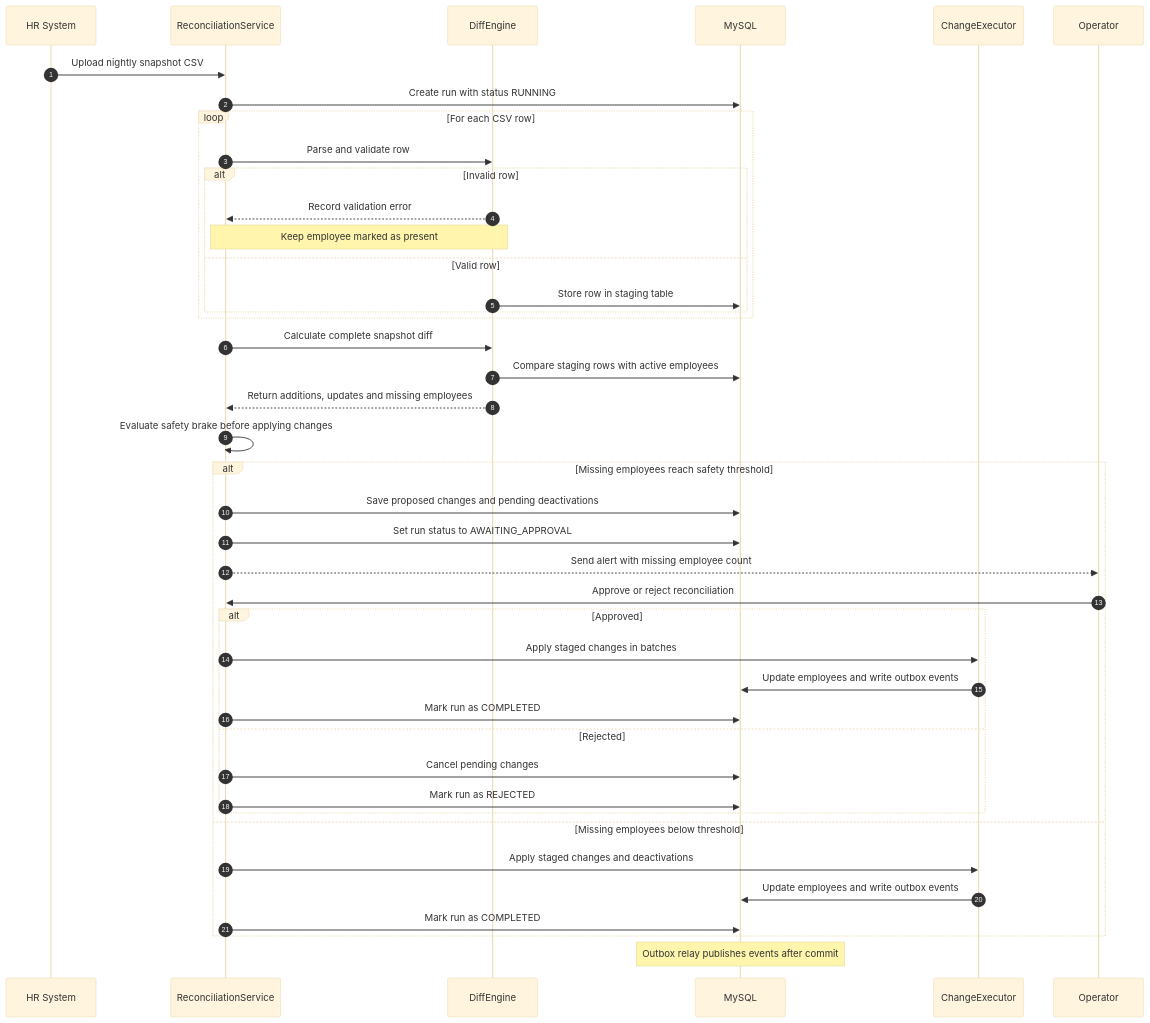
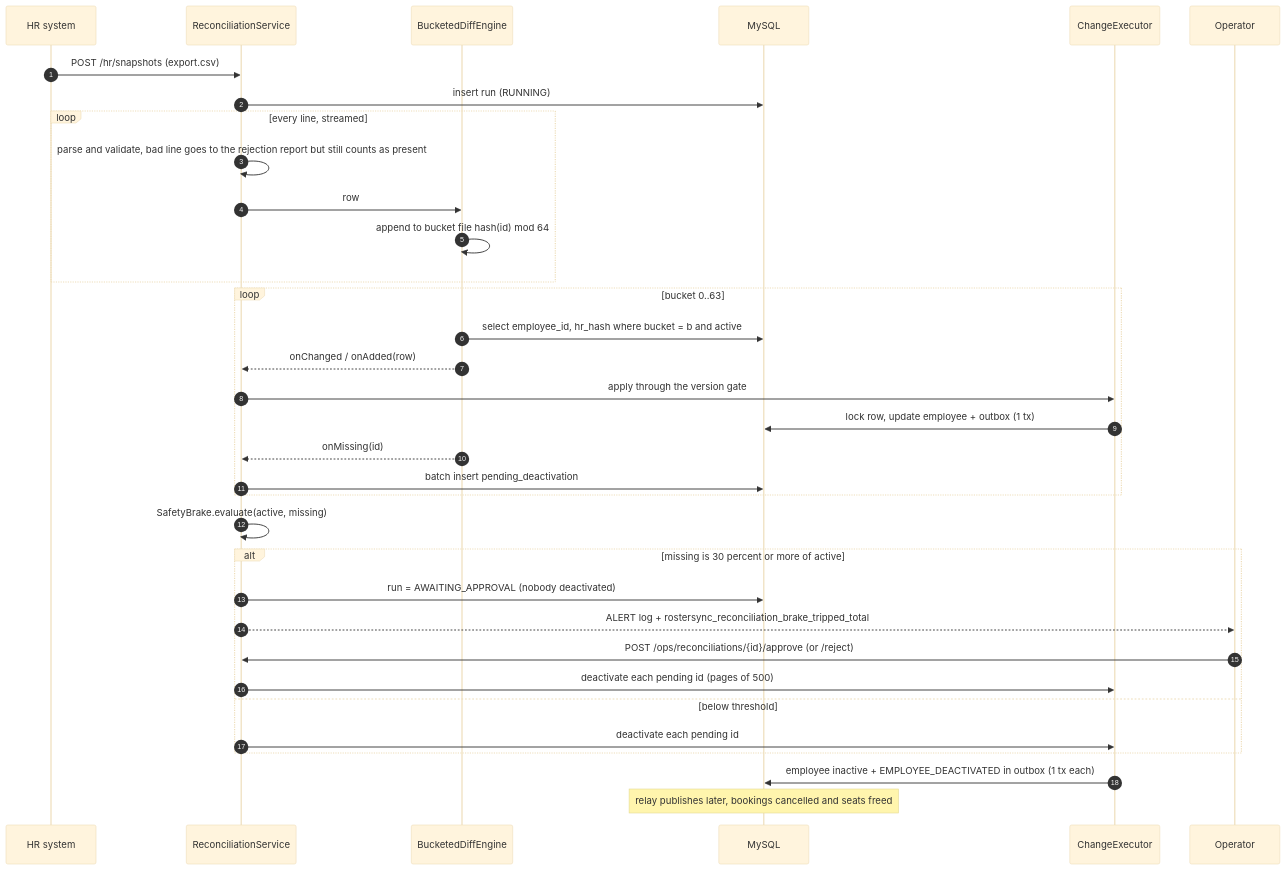
Before and after one commit to anupamtripathi1201/roster-sync: the second of 2 diagrams in DESIGN.md, drawn with Mermaid (base theme). The commit also changed other lines of this file, not shown here.

````diff
--- a/DESIGN.md
+++ b/DESIGN.md
@@ -66,50 +64,37 @@
 ```mermaid
 sequenceDiagram
     autonumber
-    participant HR as HR System
+    participant HR as HR system
     participant RS as ReconciliationService
-    participant DE as DiffEngine
+    participant DE as BucketedDiffEngine
     participant DB as MySQL
     participant CX as ChangeExecutor
     participant Ops as Operator
 
-    HR->>RS: Upload nightly snapshot CSV
-    RS->>DB: Create run with status RUNNING
-
-    loop For each CSV row
-        RS->>DE: Parse and validate row
-        alt Invalid row
-            DE-->>RS: Record validation error
-            Note over RS,DE: Keep employee marked as present
-        else Valid row
-            DE->>DB: Store row in staging table
-        end
+    HR->>RS: POST /hr/snapshots (export.csv)
+    RS->>DB: insert run (RUNNING)
+    loop every line, streamed
+        RS->>RS: parse and validate, bad line goes to the rejection report but still counts as present
+        RS->>DE: row
+        DE->>DE: append to bucket file hash(id) mod 64
     end
-
-    RS->>DE: Calculate complete snapshot diff
-    DE->>DB: Compare staging rows with active employees
-    DE-->>RS: Return additions, updates and missing employees
-
-    RS->>RS: Evaluate safety brake before applying changes
-
-    alt Missing employees reach safety threshold
-        RS->>DB: Save proposed changes and pending deactivations
-        RS->>DB: Set run status to AWAITING_APPROVAL
-        RS-->>Ops: Send alert with missing employee count
-        Ops->>RS: Approve or reject reconciliation
-        alt Approved
-            RS->>CX: Apply staged changes in batches
-            CX->>DB: Update employees and write outbox events
-            RS->>DB: Mark run as COMPLETED
-        else Rejected
-            RS->>DB: Cancel pending changes
-            RS->>DB: Mark run as REJECTED
-        end
-    else Missing employees below threshold
-        RS->>CX: Apply staged changes and deactivations
-        CX->>DB: Update employees and write outbox events
-        RS->>DB: Mark run as COMPLETED
+    loop bucket 0..63
+        DE->>DB: select employee_id, hr_hash where bucket = b and active
+        DE-->>RS: onChanged / onAdded(row)
+        RS->>CX: apply through the version gate
+        CX->>DB: lock row, update employee + outbox (1 tx)
+        DE-->>RS: onMissing(id)
+        RS->>DB: batch insert pending_deactivation
     end
-
-    Note over DB: Outbox relay publishes events after commit
+    RS->>RS: SafetyBrake.evaluate(active, missing)
+    alt missing is 30 percent or more of active
+        RS->>DB: run = AWAITING_APPROVAL (nobody deactivated)
+        RS-->>Ops: ALERT log + rostersync_reconciliation_brake_tripped_total
+        Ops->>RS: POST /ops/reconciliations/{id}/approve (or /reject)
+        RS->>CX: deactivate each pending id (pages of 500)
+    else below threshold
+        RS->>CX: deactivate each pending id
+    end
+    CX->>DB: employee inactive + EMPLOYEE_DEACTIVATED in outbox (1 tx each)
+    Note over DB: relay publishes later, bookings cancelled and seats freed
 ```
````
